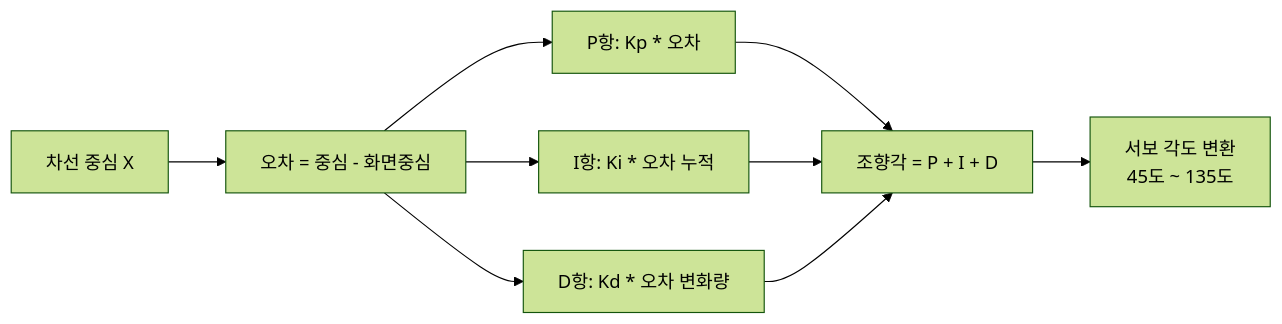
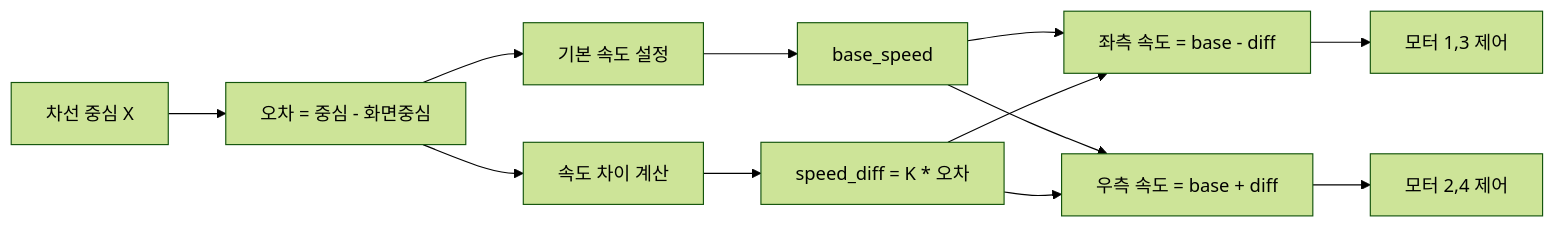
Before and after one commit to Collegenie-X/Raspbot-v2-self-driving-car: the eighth of 44 diagrams in 06_final_self_driving/_1단계_요구사항_분석.md, drawn with Mermaid (forest theme). The commit also changed other lines of this file and 5 other files, not shown here.

````diff
--- a/06_final_self_driving/_1단계_요구사항_분석.md
+++ b/06_final_self_driving/_1단계_요구사항_분석.md
@@ -327,11 +356,17 @@
 ```mermaid
 flowchart LR
     A[차선 중심 X] --> B[오차 = 중심 - 화면중심]
-    B --> C[P항: Kp * 오차]
-    B --> D[I항: Ki * 오차 누적]
-    B --> E[D항: Kd * 오차 변화량]
-    C --> F[조향각 = P + I + D]
-    D --> F
-    E --> F
-    F --> G[서보 각도 변환<br/>45도 ~ 135도]
+    B --> C[기본 속도 설정]
+    B --> D[속도 차이 계산]
+    
+    C --> E[base_speed]
+    D --> F[speed_diff = K * 오차]
+    
+    E --> G[좌측 속도 = base - diff]
+    E --> H[우측 속도 = base + diff]
+    F --> G
+    F --> H
+    
+    G --> I[모터 1,3 제어]
+    H --> J[모터 2,4 제어]
 ```
````
